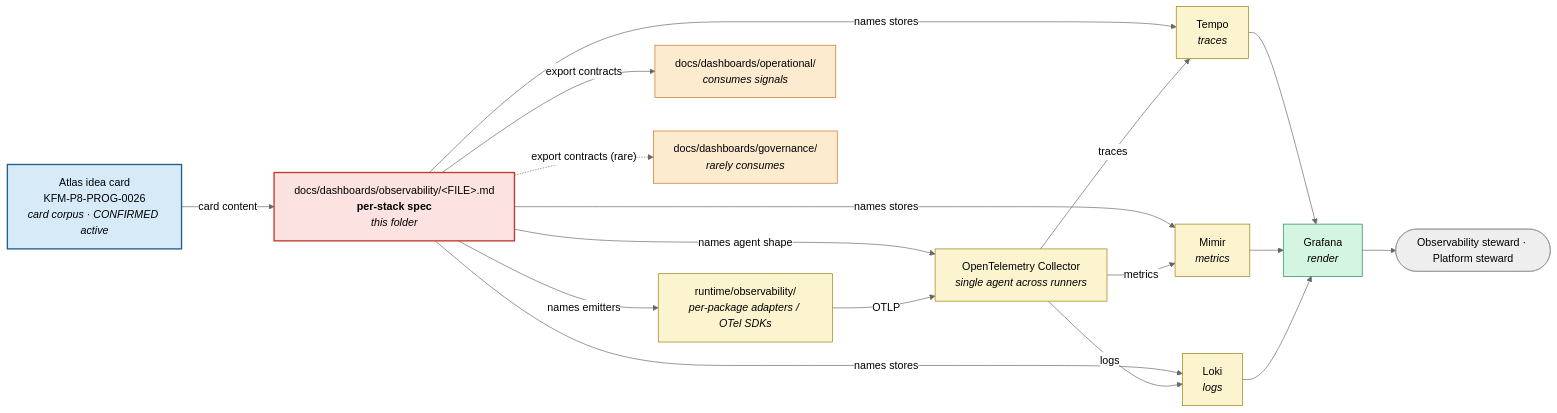
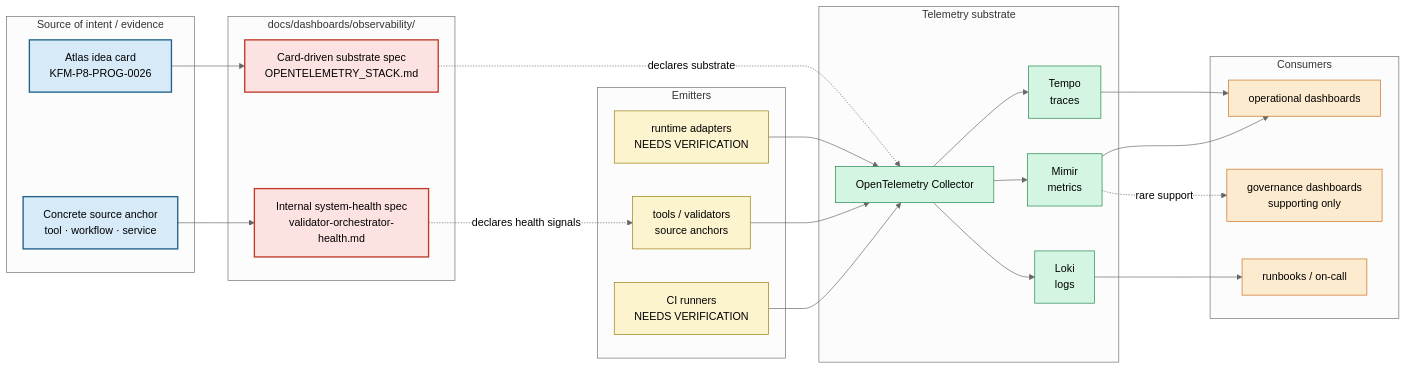
One commit to bartytime4life/Kansas-Frontier-Matrix changed the diagram in docs/dashboards/observability/README.md. Above: the diagram before and after it, drawn with Mermaid (neutral theme). The commit also changed other lines of this file, not shown here.

````diff
--- a/docs/dashboards/observability/README.md
+++ b/docs/dashboards/observability/README.md
@@ -290,42 +420,57 @@
 ```mermaid
 flowchart LR
-  CARD["Atlas idea card<br/>KFM-P8-PROG-0026<br/><i>card corpus · CONFIRMED active</i>"]
-  SPEC["docs/dashboards/observability/&lt;FILE&gt;.md<br/><b>per-stack spec</b><br/><i>this folder</i>"]
-  EMITTERS["runtime/observability/<br/><i>per-package adapters / OTel SDKs</i>"]
-  COL["OpenTelemetry Collector<br/><i>single agent across runners</i>"]
-  TEMPO["Tempo<br/><i>traces</i>"]
-  MIMIR["Mimir<br/><i>metrics</i>"]
-  LOKI["Loki<br/><i>logs</i>"]
-  GRAF["Grafana<br/><i>render</i>"]
-  OPSPEC["docs/dashboards/operational/<br/><i>consumes signals</i>"]
-  GOVSPEC["docs/dashboards/governance/<br/><i>rarely consumes</i>"]
-  USER([Observability steward · Platform steward])
+  subgraph Sources["Source of intent / evidence"]
+    CARD["Atlas idea card<br/>KFM-P8-PROG-0026"]
+    ANCHOR["Concrete source anchor<br/>tool · workflow · service"]
+  end
 
-  CARD -- "card content" --> SPEC
-  SPEC -- "names emitters" --> EMITTERS
-  SPEC -- "names agent shape" --> COL
-  SPEC -- "names stores" --> TEMPO
-  SPEC -- "names stores" --> MIMIR
-  SPEC -- "names stores" --> LOKI
-  SPEC -- "export contracts" --> OPSPEC
-  SPEC -. "export contracts (rare)" .-> GOVSPEC
-  EMITTERS -- "OTLP" --> COL
-  COL -- "traces" --> TEMPO
-  COL -- "metrics" --> MIMIR
-  COL -- "logs" --> LOKI
-  TEMPO --> GRAF
-  MIMIR --> GRAF
-  LOKI --> GRAF
-  GRAF --> USER
+  subgraph Specs["docs/dashboards/observability/"]
+    STACK["Card-driven substrate spec<br/>OPENTELEMETRY_STACK.md"]
+    HEALTH["Internal system-health spec<br/>validator-orchestrator-health.md"]
+  end
 
-  classDef card fill:#d6eaf8,stroke:#21618c,color:#000,stroke-width:2px;
+  subgraph Emitters["Emitters"]
+    RUNTIME["runtime adapters<br/>NEEDS VERIFICATION"]
+    TOOLS["tools / validators<br/>source anchors"]
+    CI["CI runners<br/>NEEDS VERIFICATION"]
+  end
+
+  subgraph Stack["Telemetry substrate"]
+    COL["OpenTelemetry Collector"]
+    TEMPO["Tempo<br/>traces"]
+    MIMIR["Mimir<br/>metrics"]
+    LOKI["Loki<br/>logs"]
+  end
+
+  subgraph Consumers["Consumers"]
+    OP["operational dashboards"]
+    GOV["governance dashboards<br/>supporting only"]
+    RUNBOOKS["runbooks / on-call"]
+  end
+
+  CARD --> STACK
+  ANCHOR --> HEALTH
+  STACK -. "declares substrate" .-> COL
+  HEALTH -. "declares health signals" .-> TOOLS
+  RUNTIME --> COL
+  TOOLS --> COL
+  CI --> COL
+  COL --> TEMPO
+  COL --> MIMIR
+  COL --> LOKI
+  TEMPO --> OP
+  MIMIR --> OP
+  LOKI --> RUNBOOKS
+  MIMIR -. "rare support" .-> GOV
+
+  classDef intent fill:#d6eaf8,stroke:#21618c,color:#000,stroke-width:2px;
   classDef spec fill:#fde2e2,stroke:#c0392b,color:#000,stroke-width:2px;
-  classDef stack fill:#fcf3cf,stroke:#9a7d0a,color:#000;
+  classDef emitter fill:#fcf3cf,stroke:#9a7d0a,color:#000;
+  classDef stack fill:#d5f5e3,stroke:#1e8449,color:#000;
   classDef consumer fill:#fdebd0,stroke:#ca6f1e,color:#000;
-  classDef impl fill:#d5f5e3,stroke:#1e8449,color:#000;
-  class CARD card;
-  class SPEC spec;
-  class EMITTERS,COL,TEMPO,MIMIR,LOKI stack;
-  class OPSPEC,GOVSPEC consumer;
-  class GRAF impl;
+  class CARD,ANCHOR intent;
+  class STACK,HEALTH spec;
+  class RUNTIME,TOOLS,CI emitter;
+  class COL,TEMPO,MIMIR,LOKI stack;
+  class OP,GOV,RUNBOOKS consumer;
 ```
````
